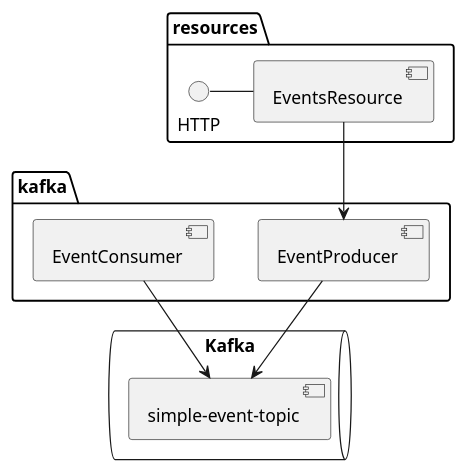
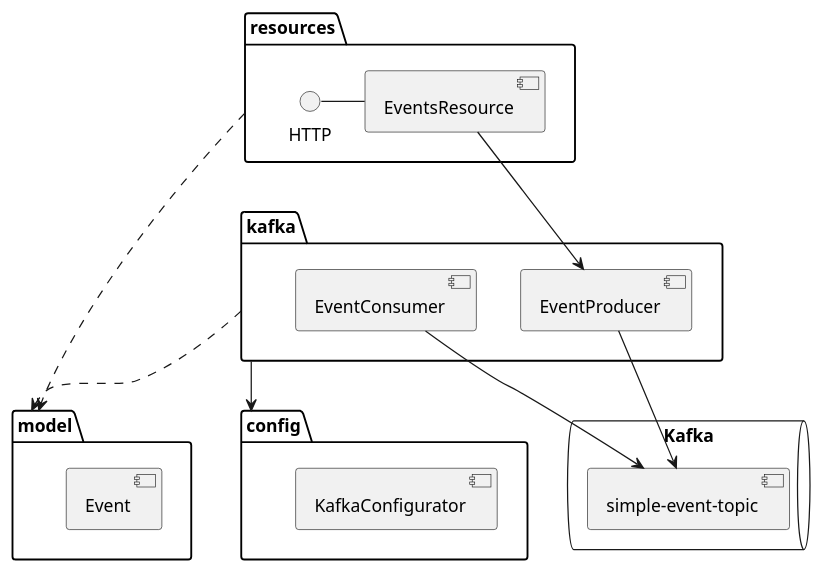
One commit to tnfigueiredo/kafka-demo changed the diagram in app-components.puml. Above: the diagram before and after it, drawn with PlantUML.

Commit message:
feat: adjusting component diagram for README file.

```diff
--- a/app-components.puml
+++ b/app-components.puml
@@ -1,22 +1,33 @@
 @startuml
 'https://plantuml.com/component-diagram
 
 
 package "resources" {
   HTTP - [EventsResource]
 }
 
 package "kafka" {
   [EventProducer]
   [EventConsumer]
 }
 
+package "config" {
+  [KafkaConfigurator]
+}
+
+package "model" {
+  [Event]
+}
+
 queue "Kafka" {
   [simple-event-topic]
 }
 
 [EventsResource] --> [EventProducer]
+kafka --> config
 [EventProducer] --> [simple-event-topic]
 [EventConsumer] --> [simple-event-topic]
+resources ..> model
+kafka ..> model
 
 @enduml
```
